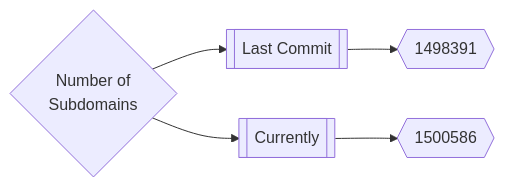
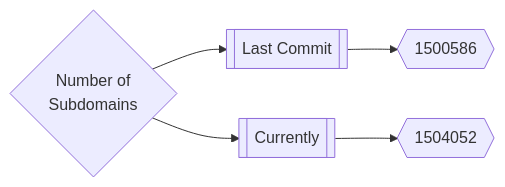
One commit to trickest/inventory changed the first of 3 diagrams in README.md. Above: the diagram before and after it, drawn with Mermaid. The commit also changed other lines of this file and 251 other files, not shown here.

````diff
--- a/README.md
+++ b/README.md
@@ -165,5 +165,5 @@
 ```mermaid
 graph LR
-title{Number of<br>Subdomains} --> subdomainsDate1[[Last Commit]] --> subdomainsNum1{{1498391}}
-title --> subdomainsDate2[[Currently]] --> subdomainsNum2{{1500586}}
+title{Number of<br>Subdomains} --> subdomainsDate1[[Last Commit]] --> subdomainsNum1{{1500586}}
+title --> subdomainsDate2[[Currently]] --> subdomainsNum2{{1504052}}
 ```
````
